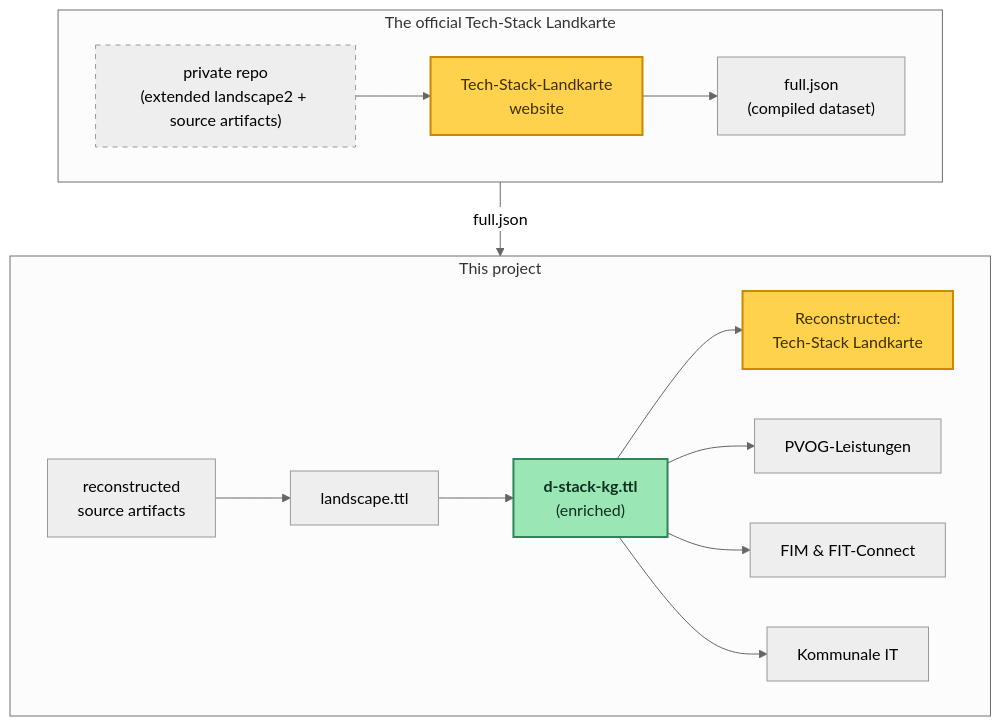
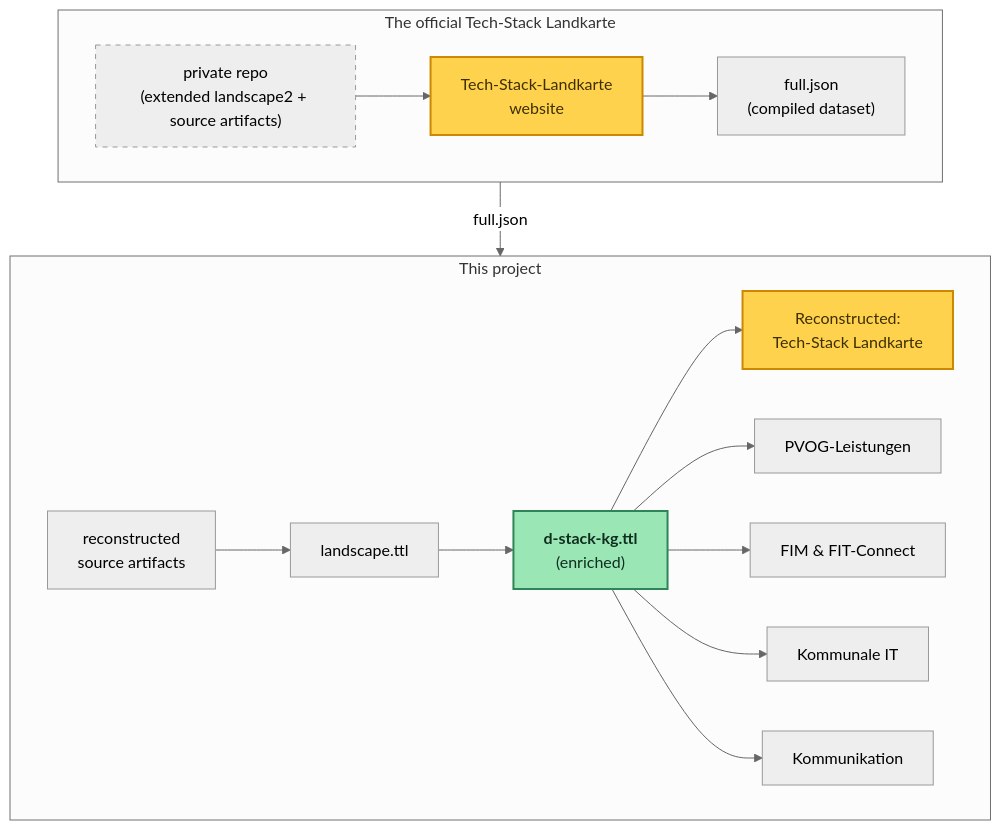
The diagram in README.md (benjaminaaron/d-stack-kg), drawn with Mermaid (neutral theme) before and after one commit. The commit also changed other lines of this file and 16 other files, not shown here.

````diff
--- a/README.md
+++ b/README.md
@@ -24,24 +24,25 @@
 ```mermaid
     flowchart TB
     subgraph sq ["The official Tech-Stack Landkarte"]
         direction LR
         repo["private repo<br/>(extended landscape2 + source artifacts)"] --> site["Tech-Stack-Landkarte<br/>website"] --> json["full.json<br/>(compiled dataset)"]
     end
     subgraph kg ["This project"]
         direction LR
         yml["reconstructed<br/>source artifacts"] --> ttl["landscape.ttl"] --> dstack["<b>d-stack-kg.ttl</b><br/>(enriched)"]
         dstack --> roundtrip["Reconstructed:</br>Tech-Stack Landkarte"]
         dstack --> leistungen["PVOG-Leistungen"]
         dstack --> fachdaten["FIM &amp; FIT-Connect"]
         dstack --> kommune["Kommunale IT"]
+        dstack --> komm["Kommunikation"]
     end
     sq -- "full.json" --> kg
 
     classDef private stroke-dasharray:5 5
     classDef key fill:#ffd24d,stroke:#cc8800,color:#3d2f00,stroke-width:2px
     classDef goal fill:#9ae6b4,stroke:#2f855a,color:#0f2e1f,stroke-width:2px
     class repo private
     class site key
     class roundtrip key
     class dstack goal
 ```
````
